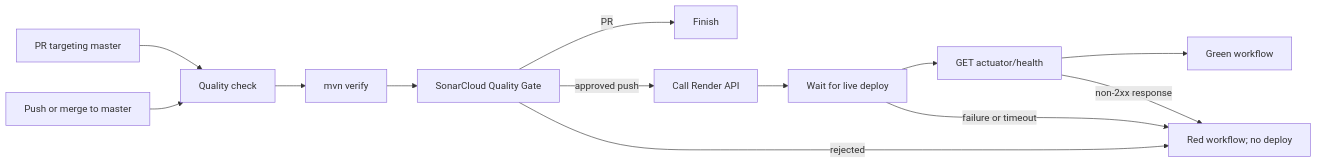
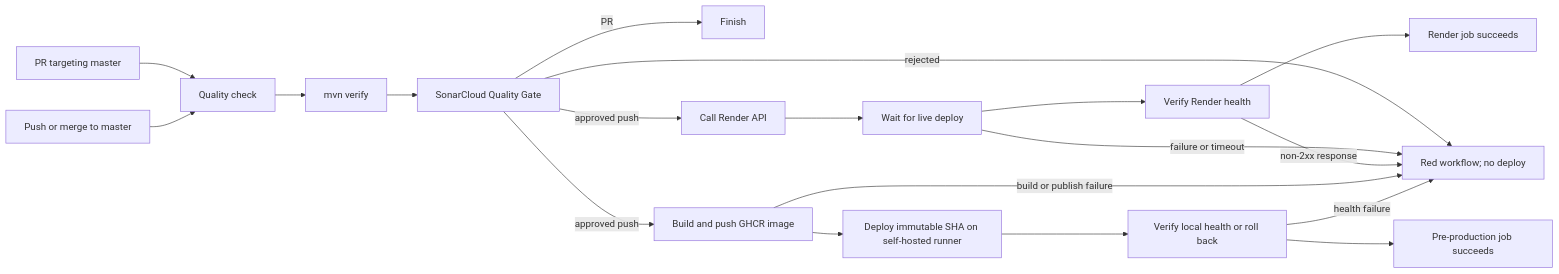
Before and after one commit to blnunes/sisdent: the diagram in docs/PIPELINE.md, drawn with Mermaid. The commit also changed other lines of this file and 9 other files, not shown here.

Commit message:
Add local pre-production deployment pipeline

````diff
--- a/docs/PIPELINE.md
+++ b/docs/PIPELINE.md
@@ -31,15 +37,21 @@
 ```mermaid
 flowchart LR
     A[PR targeting master] --> Q[Quality check]
     M[Push or merge to master] --> Q
     Q --> T[mvn verify]
     T --> S[SonarCloud Quality Gate]
     S -->|PR| E[Finish]
     S -->|approved push| D[Call Render API]
     D --> W[Wait for live deploy]
-    W --> H[GET actuator/health]
-    H --> G[Green workflow]
+    W --> H[Verify Render health]
+    S -->|approved push| B[Build and push GHCR image]
+    B --> P[Deploy immutable SHA on self-hosted runner]
+    P --> L[Verify local health or roll back]
+    H --> G[Render job succeeds]
+    L --> G2[Pre-production job succeeds]
     S -->|rejected| F[Red workflow; no deploy]
     W -->|failure or timeout| F
     H -->|non-2xx response| F
+    B -->|build or publish failure| F
+    L -->|health failure| F
 ```
````
